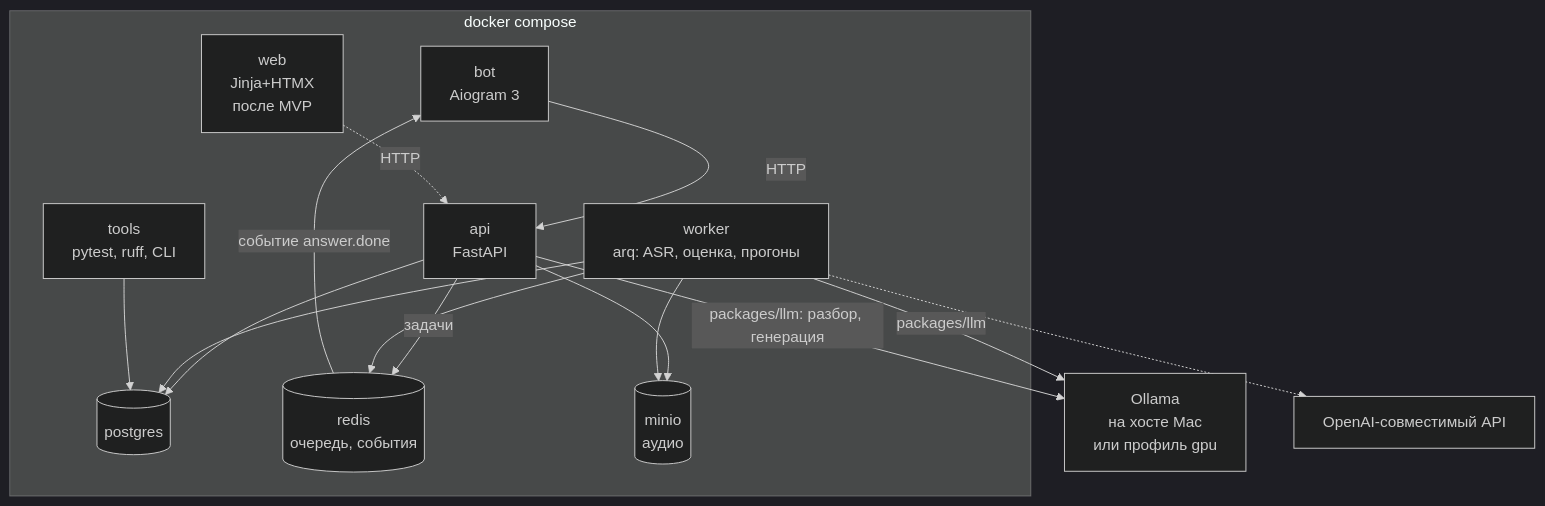
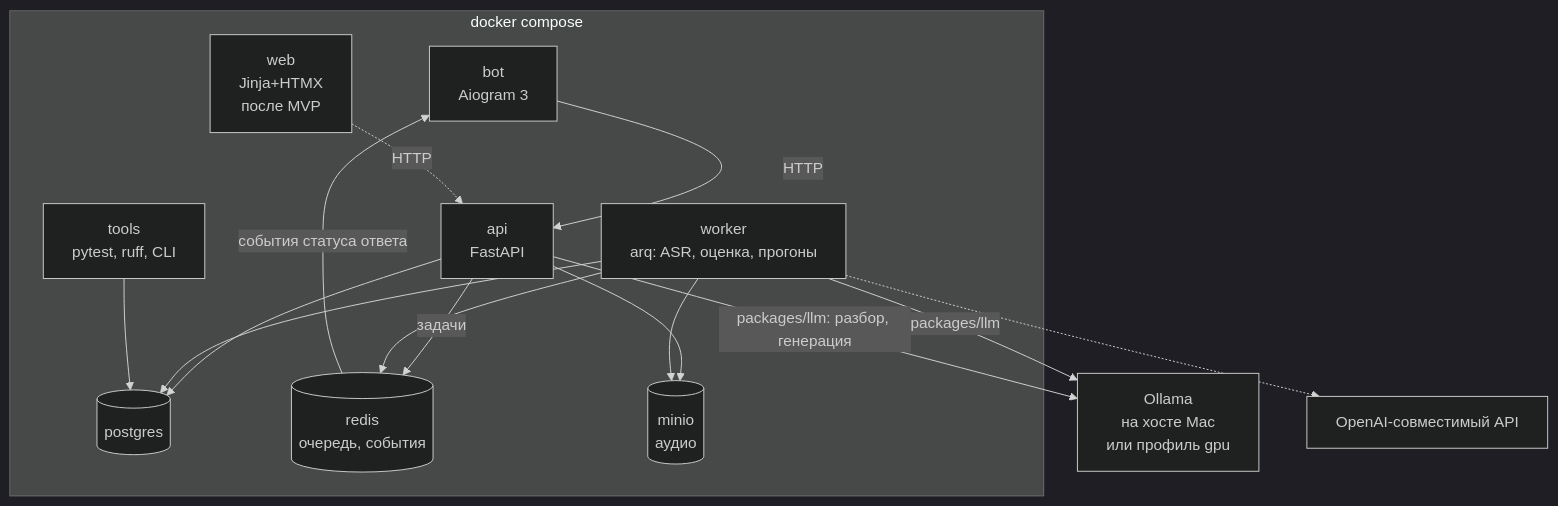
Before and after one commit to lama2x2/sobesnik: the second of 2 diagrams in docs/specs/000-overview.md, drawn with Mermaid (dark theme). The commit also changed other lines of this file and 1 other file, not shown here.

````diff
--- a/docs/specs/000-overview.md
+++ b/docs/specs/000-overview.md
@@ -203,29 +214,29 @@
 ```mermaid
 flowchart TB
     subgraph compose[docker compose]
         bot[bot\nAiogram 3]
         web[web\nJinja+HTMX\nпосле MVP]
         api[api\nFastAPI]
         worker[worker\narq: ASR, оценка, прогоны]
         pg[(postgres)]
         redis[(redis\nочередь, события)]
         minio[(minio\nаудио)]
         tools[tools\npytest, ruff, CLI]
     end
     ollama[Ollama\nна хосте Mac\nили профиль gpu]
     cloud[OpenAI-совместимый API]
 
     bot -->|HTTP| api
     web -.->|HTTP| api
     api --> pg
     api --> minio
     api -->|задачи| redis
     worker --> redis
     worker --> pg
     worker --> minio
     worker -->|packages/llm| ollama
     worker -.-> cloud
     api -->|packages/llm: разбор, генерация| ollama
-    redis -->|событие answer.done| bot
+    redis -->|события статуса ответа| bot
     tools --> pg
 ```
````
